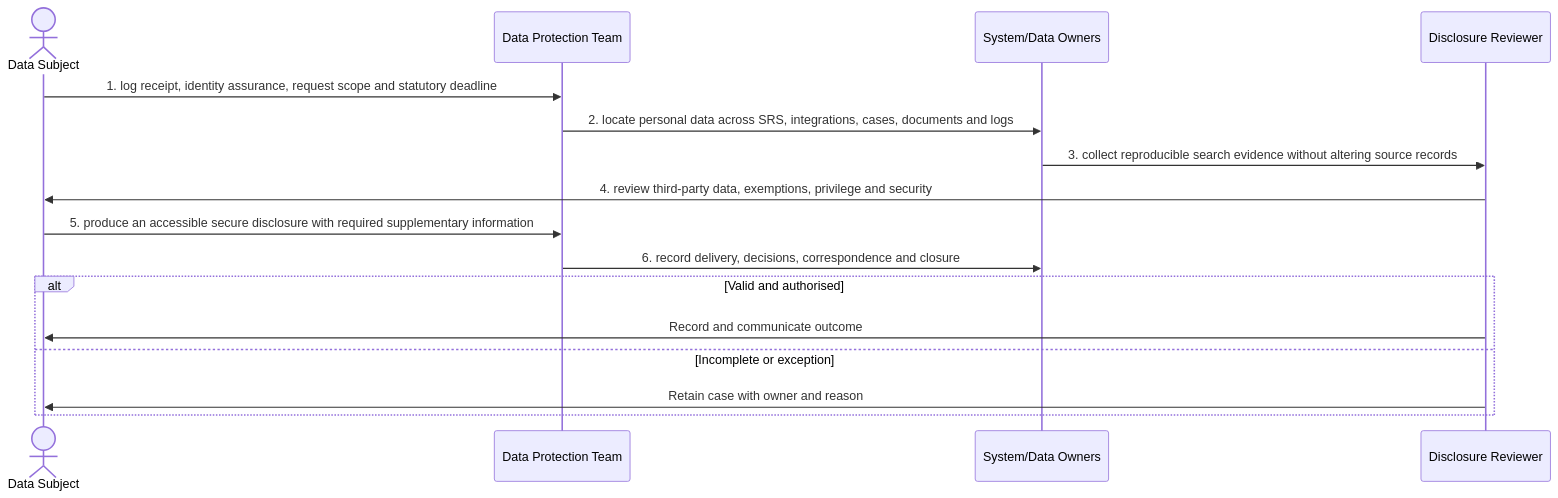
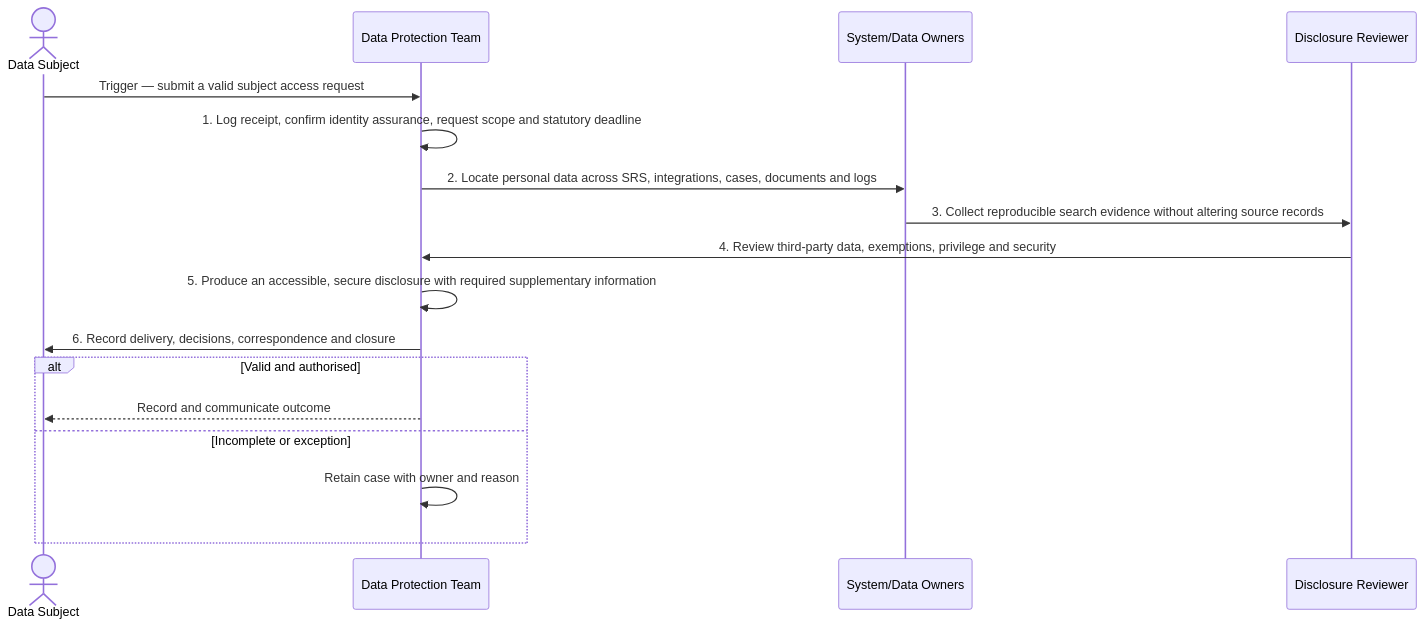
The diagram in docs/business-processes/08-record-governance-and-lifecycle/bp-08-003-fulfil-a-data-subject-access-request.md (RevelationCore/Revelation-SRS), drawn with Mermaid before and after one commit. The commit also changed other lines of this file and 96 other files, not shown here.

````diff
--- a/docs/business-processes/08-record-governance-and-lifecycle/bp-08-003-fulfil-a-data-subject-access-request.md
+++ b/docs/business-processes/08-record-governance-and-lifecycle/bp-08-003-fulfil-a-data-subject-access-request.md
@@ -158,18 +158,20 @@
 ```mermaid
 sequenceDiagram
     actor A1 as Data Subject
     participant A2 as Data Protection Team
     participant A3 as System/Data Owners
     participant A4 as Disclosure Reviewer
-    A1->>A2: 1. log receipt, identity assurance, request scope and statutory deadline
-    A2->>A3: 2. locate personal data across SRS, integrations, cases, documents and logs
-    A3->>A4: 3. collect reproducible search evidence without altering source records
-    A4->>A1: 4. review third-party data, exemptions, privilege and security
-    A1->>A2: 5. produce an accessible secure disclosure with required supplementary information
-    A2->>A3: 6. record delivery, decisions, correspondence and closure
+
+    A1->>A2: Trigger — submit a valid subject access request
+    A2->>A2: 1. Log receipt, confirm identity assurance, request scope and statutory deadline
+    A2->>A3: 2. Locate personal data across SRS, integrations, cases, documents and logs
+    A3->>A4: 3. Collect reproducible search evidence without altering source records
+    A4->>A2: 4. Review third-party data, exemptions, privilege and security
+    A2->>A2: 5. Produce an accessible, secure disclosure with required supplementary information
+    A2->>A1: 6. Record delivery, decisions, correspondence and closure
     alt Valid and authorised
-        A4->>A1: Record and communicate outcome
+        A2-->>A1: Record and communicate outcome
     else Incomplete or exception
-        A4->>A1: Retain case with owner and reason
+        A2->>A2: Retain case with owner and reason
     end
 ```
````
